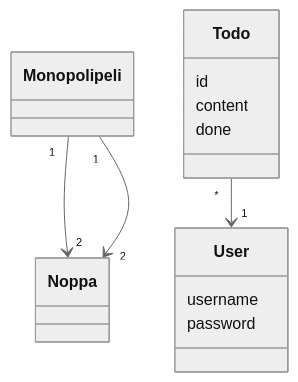
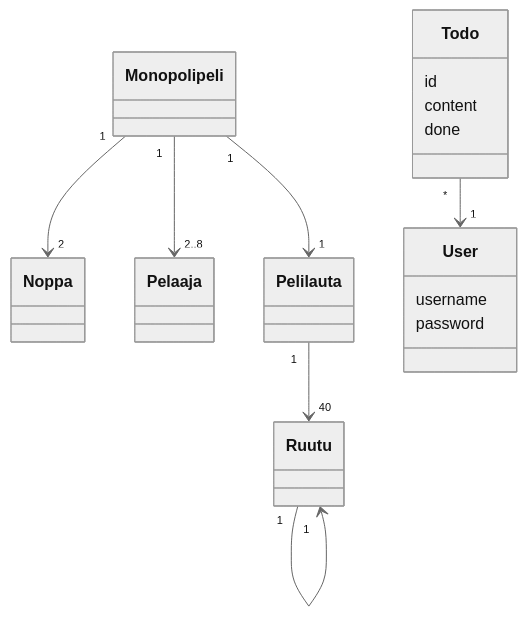
One commit to jakubgrad/ot-harjoitustyo changed the diagram in laskarit/week3/t1.md. Above: the diagram before and after it, drawn with Mermaid (neutral theme).

Commit message:
Updated Task 1 diagram

````diff
--- a/laskarit/week3/t1.md
+++ b/laskarit/week3/t1.md
@@ -2,15 +2,18 @@
 ```mermaid
  classDiagram
       Monopolipeli "1" --> "2" Noppa
-      Monopolipeli "1" --> "2" Noppa
+      Monopolipeli "1" --> "2..8" Pelaaja 
+      Monopolipeli "1" --> "1" Pelilauta 
+      Pelilauta "1" --> "40" Ruutu 
+      Ruutu "1" --> "1" Ruutu 
       Todo "*" --> "1" User
       class User{
           username
           password
       }
       class Todo{
           id
           content
           done
       }
 ```
````
